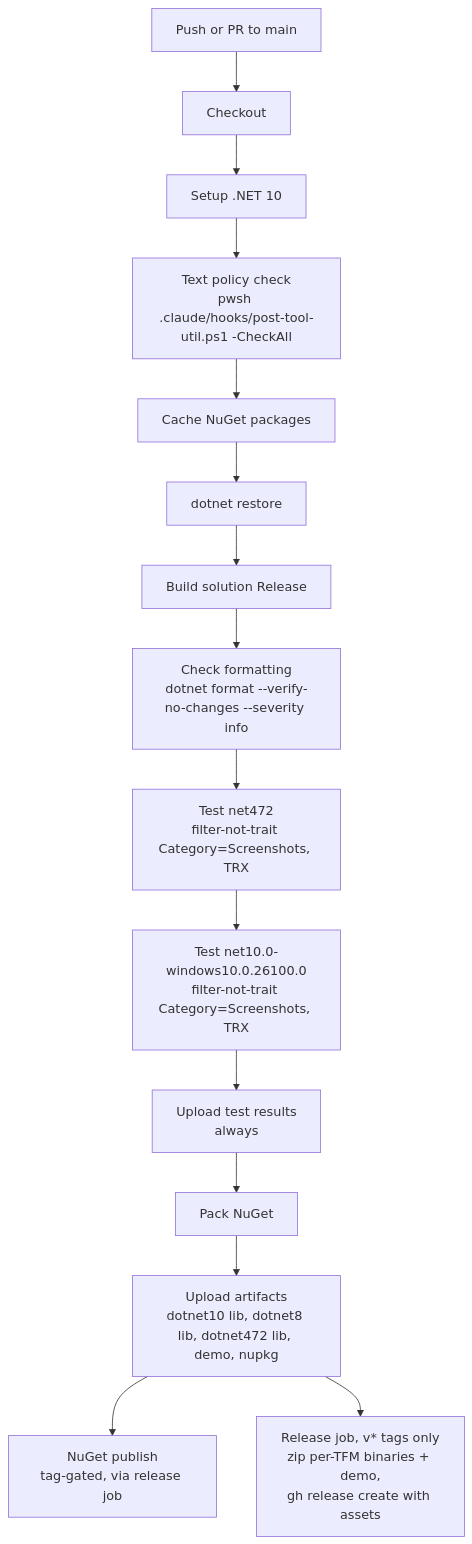
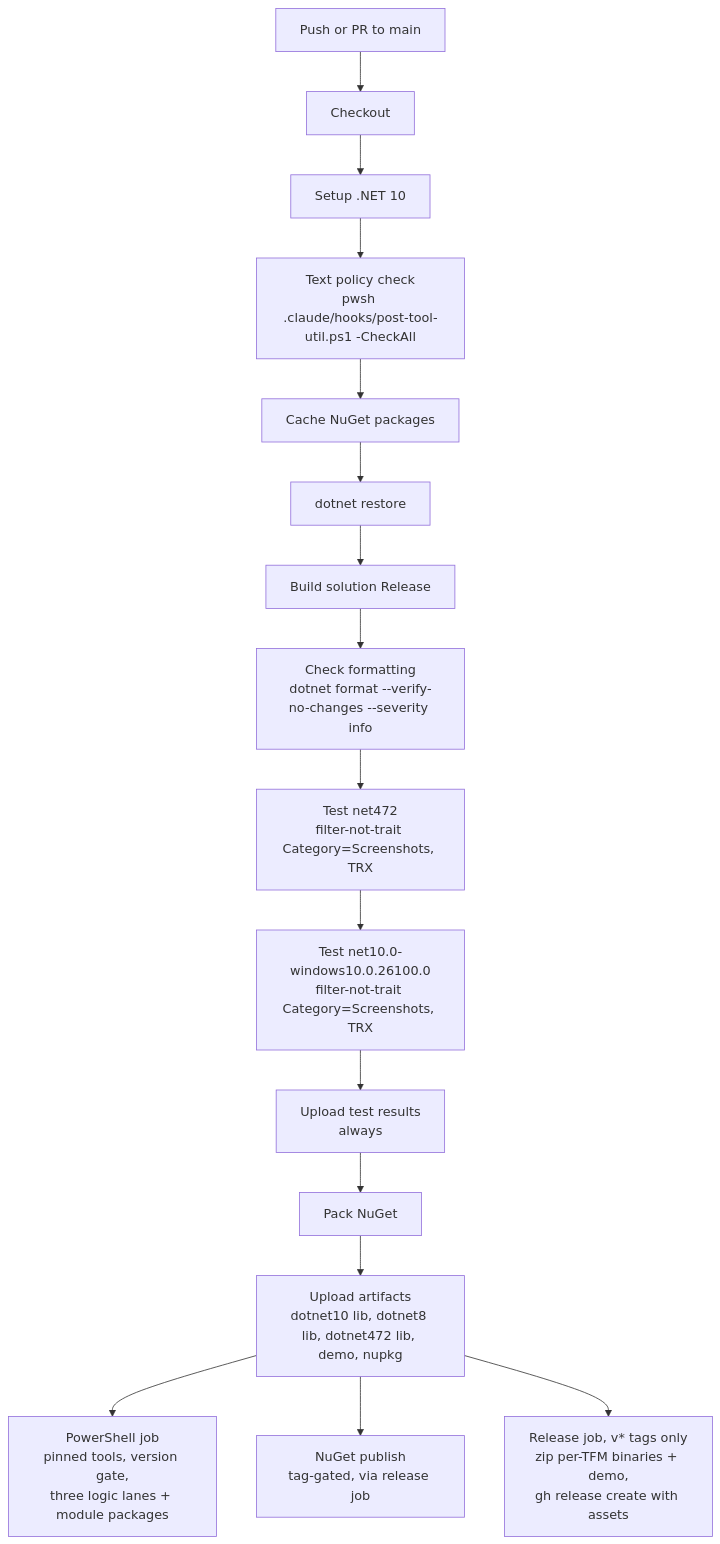
The diagram in AGENTS.md (sintaxasn/Fluence.Wpf), drawn with Mermaid before and after one commit. The commit also changed other lines of this file and 42 other files, not shown here.

Commit message:
Address PowerShell and WPF review findings before 1.0

````diff
--- a/AGENTS.md
+++ b/AGENTS.md
@@ -354,17 +354,18 @@
 ```mermaid
 flowchart TD
     A[Push or PR to main] --> B[Checkout]
     B --> C[Setup .NET 10]
     C --> G[Text policy check<br/>pwsh .claude/hooks/post-tool-util.ps1 -CheckAll]
     G --> D[Cache NuGet packages]
     D --> E[dotnet restore]
     E --> H[Build solution Release]
     H --> F["Check formatting<br/>dotnet format --verify-no-changes --severity info"]
     F --> I[Test net472<br/>filter-not-trait Category=Screenshots, TRX]
     I --> J[Test net10.0-windows10.0.26100.0<br/>filter-not-trait Category=Screenshots, TRX]
     J --> K[Upload test results<br/>always]
     K --> L[Pack NuGet]
     L --> M[Upload artifacts<br/>dotnet10 lib, dotnet8 lib, dotnet472 lib, demo, nupkg]
+    M --> P[PowerShell job<br/>pinned tools, version gate,<br/>three logic lanes + module packages]
     M --> N[NuGet publish<br/>tag-gated, via release job]
     M --> R[Release job, v* tags only<br/>zip per-TFM binaries + demo,<br/>gh release create with assets]
 ```
````
